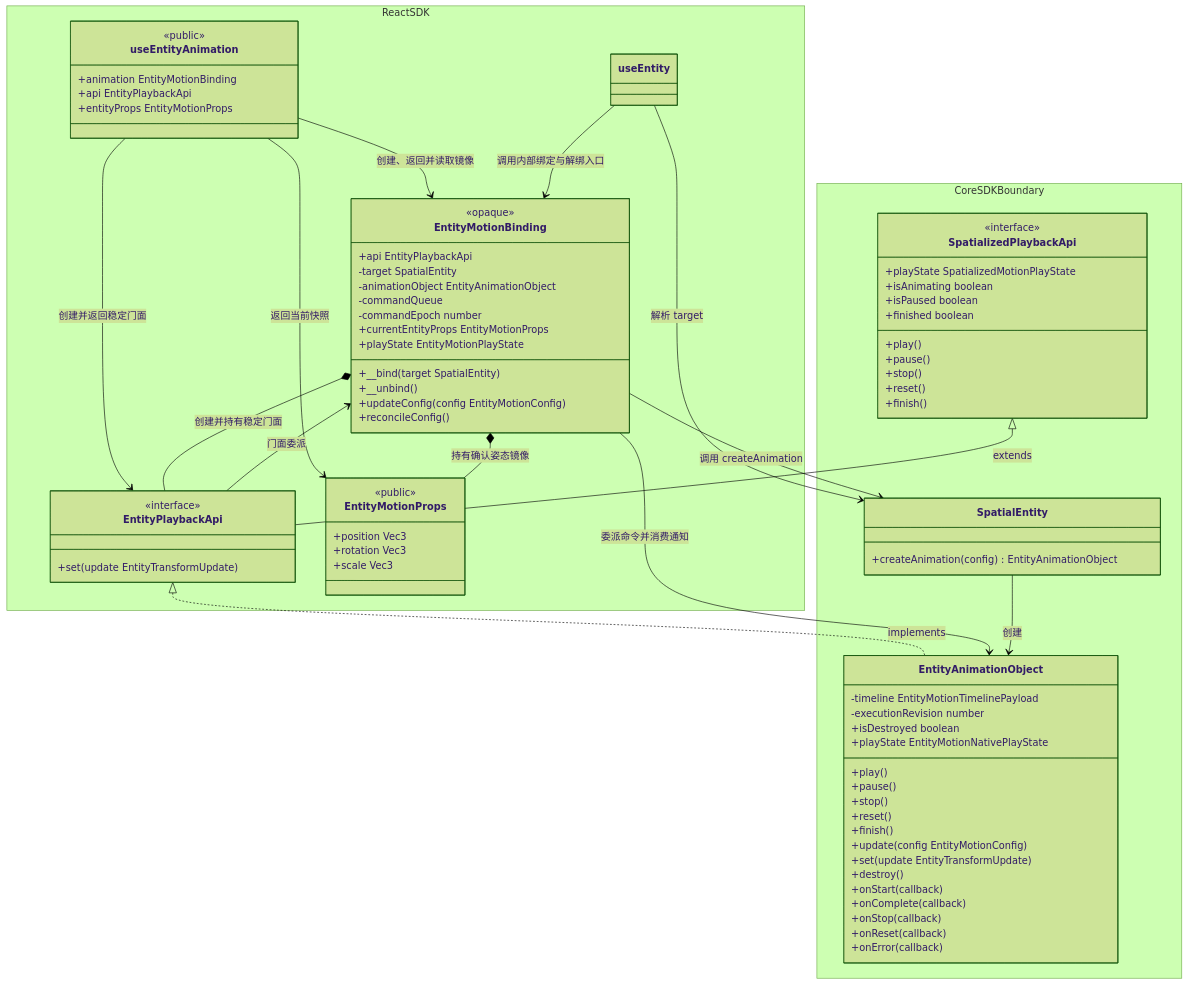
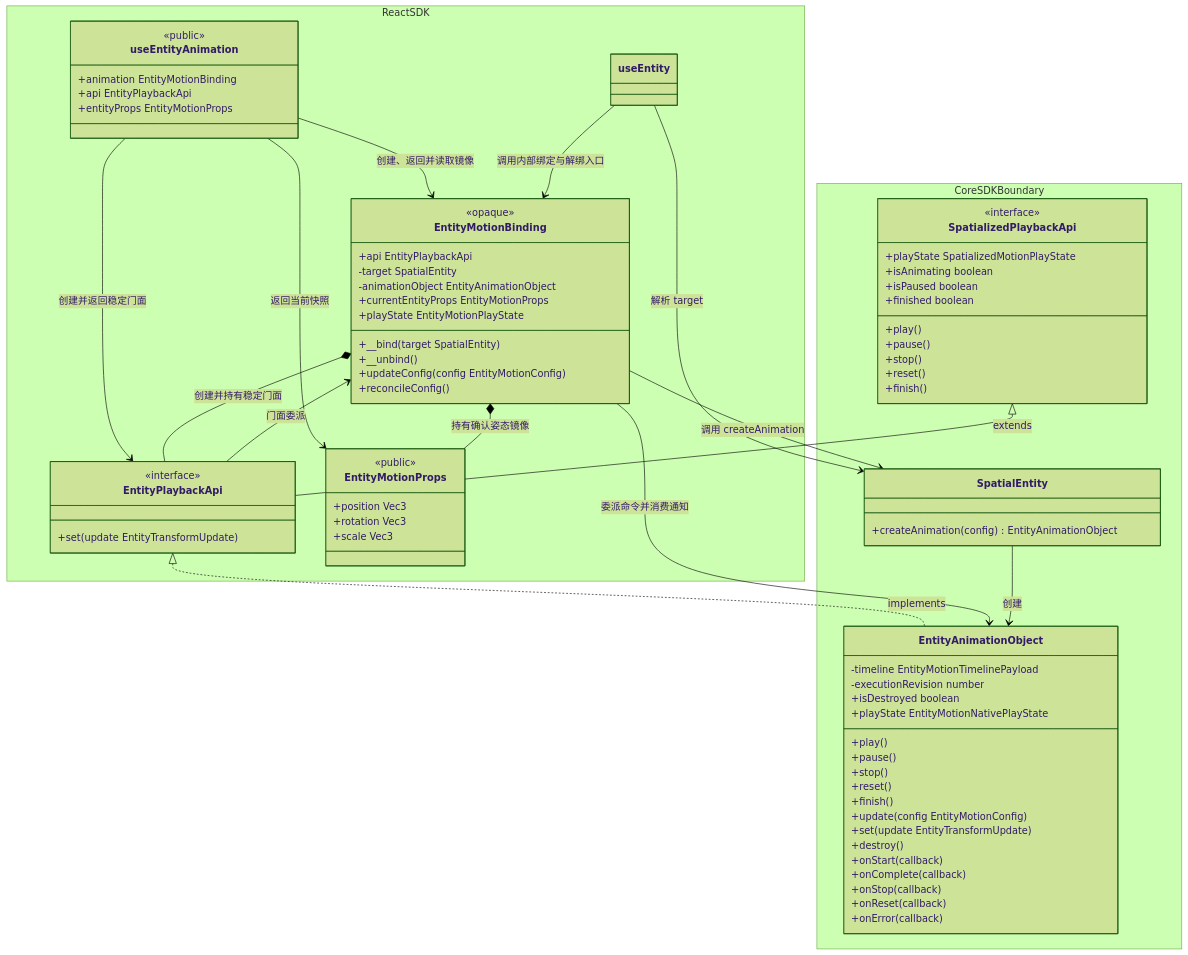
One commit to webspatial/webspatial-sdk changed the fifth of 14 diagrams in openspec/changes/redesign-entity-motion-api/design.zh.md. Above: the diagram before and after it, drawn with Mermaid (forest theme). The commit also changed other lines of this file and 9 other files, not shown here.

```diff
--- a/openspec/changes/redesign-entity-motion-api/design.zh.md
+++ b/openspec/changes/redesign-entity-motion-api/design.zh.md
@@ -501,8 +501,6 @@
             +api EntityPlaybackApi
             -target SpatialEntity
             -animationObject EntityAnimationObject
-            -commandQueue
-            -commandEpoch number
             +currentEntityProps EntityMotionProps
             +playState EntityMotionPlayState
             +__bind(target SpatialEntity)
```
